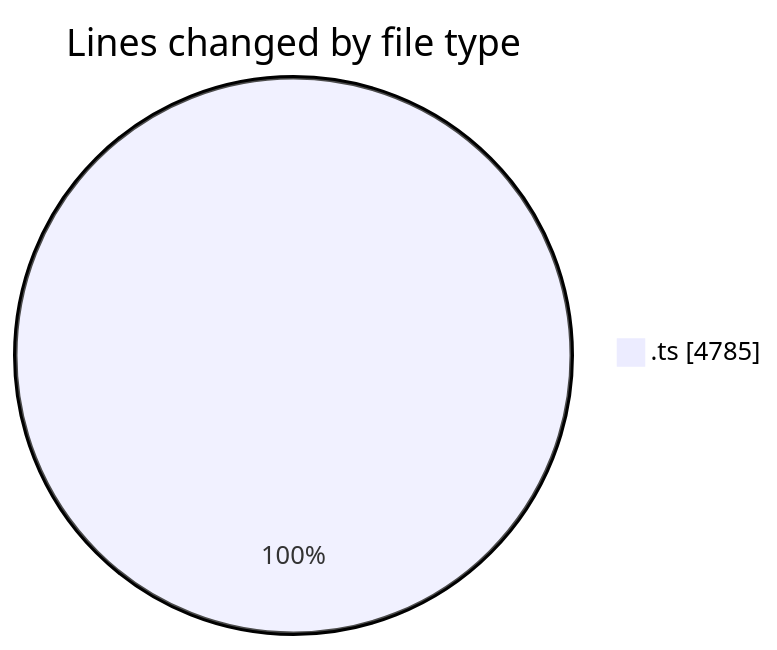
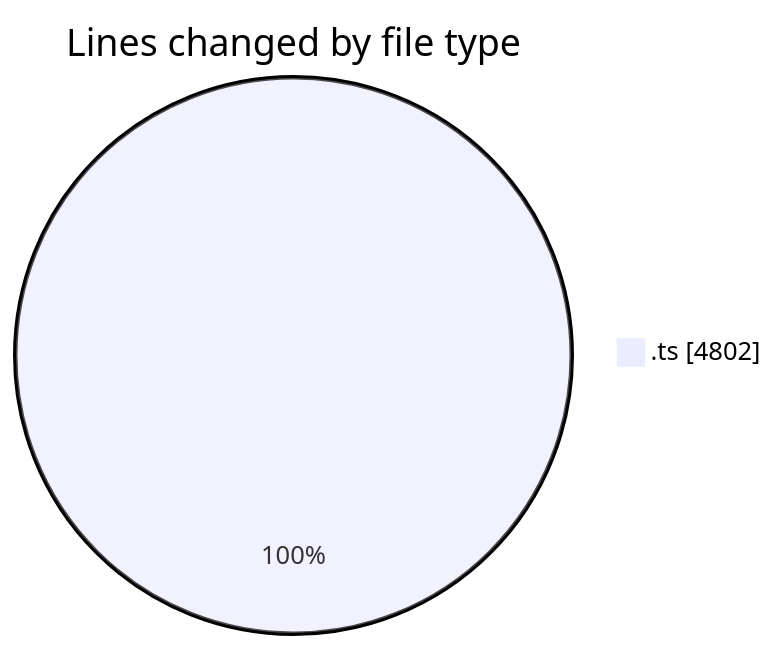
One commit to momahboobian/code-tracking changed the first of 2 diagrams in 2025-08-08/cda/README.md. Above: the diagram before and after it, drawn with Mermaid. The commit also changed other lines of this file and 1 other file, not shown here.

````diff
--- a/2025-08-08/cda/README.md
+++ b/2025-08-08/cda/README.md
@@ -27,5 +27,5 @@
 ```mermaid
 pie showData
 title Lines changed by file type
-".ts" : 4785
+".ts" : 4802
 ```
````
